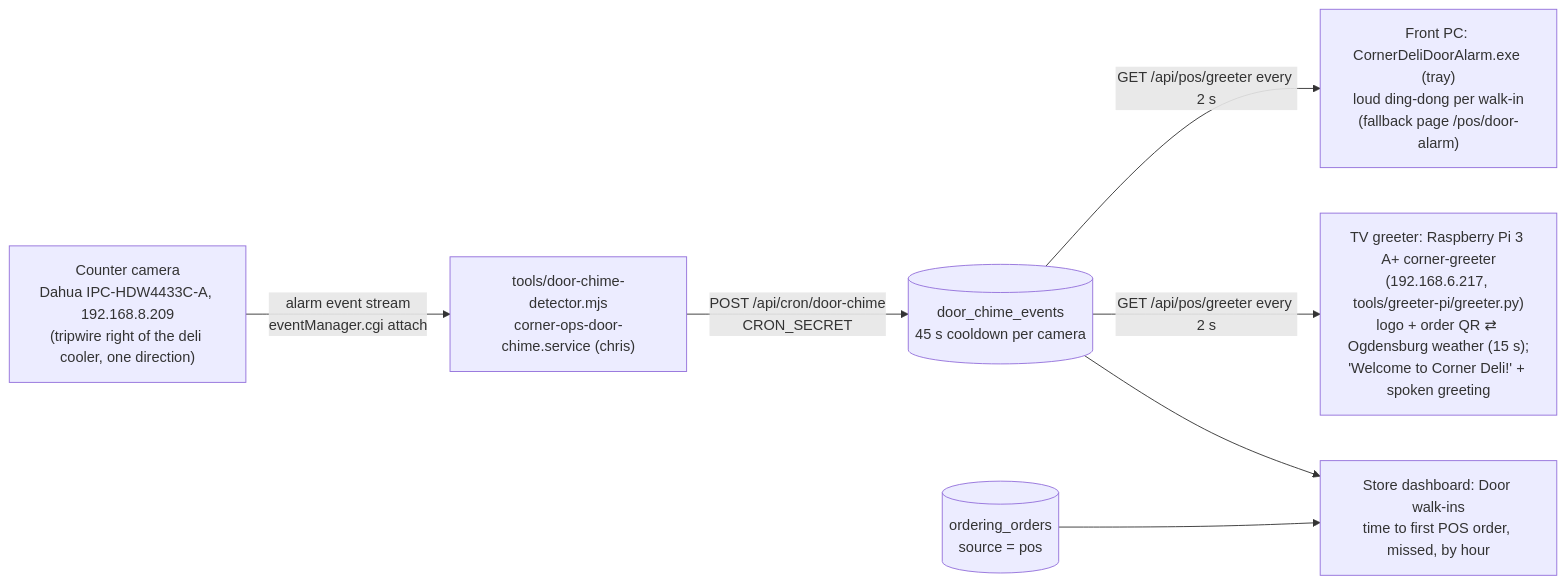
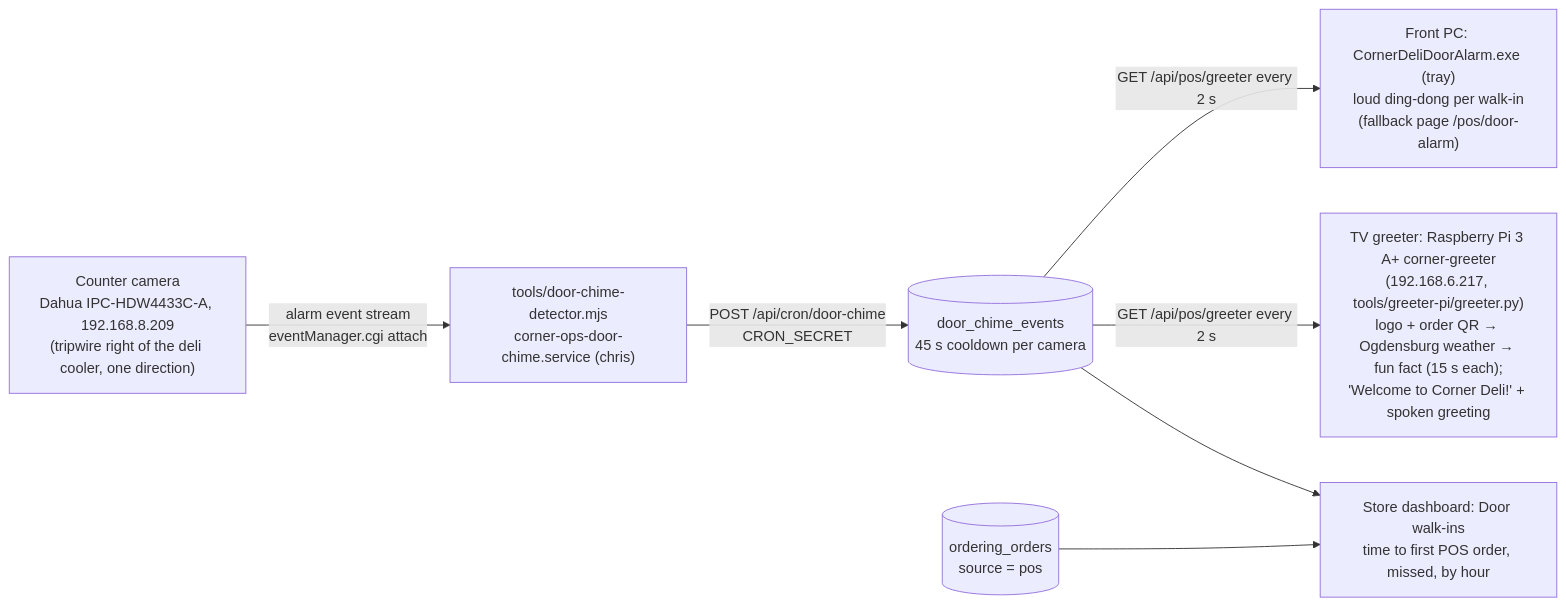
Before and after one commit to metalcoat/corner-ops: the seventh of 7 diagrams in docs/PROCESS-MAP.md, drawn with Mermaid. The commit also changed other lines of this file and 5 other files, not shown here.

First line of the commit message:
TV greeter: "Did you know?" fun-fact slides

````diff
--- a/docs/PROCESS-MAP.md
+++ b/docs/PROCESS-MAP.md
@@ -261,9 +261,9 @@
 ```mermaid
 flowchart LR
   cam["Counter camera<br/>Dahua IPC-HDW4433C-A, 192.168.8.209<br/>(tripwire right of the deli cooler, one direction)"] -->|"alarm event stream<br/>eventManager.cgi attach"| det["tools/door-chime-detector.mjs<br/>corner-ops-door-chime.service (chris)"]
   det -->|"POST /api/cron/door-chime<br/>CRON_SECRET"| ev[(door_chime_events<br/>45 s cooldown per camera)]
   ev --> dash["Store dashboard: Door walk-ins<br/>time to first POS order, missed, by hour"]
   ord[(ordering_orders<br/>source = pos)] --> dash
-  ev -->|"GET /api/pos/greeter every 2 s"| tv["TV greeter: Raspberry Pi 3 A+ corner-greeter<br/>(192.168.6.217, tools/greeter-pi/greeter.py)<br/>logo + order QR ⇄ Ogdensburg weather (15 s);<br/>'Welcome to Corner Deli!' + spoken greeting"]
+  ev -->|"GET /api/pos/greeter every 2 s"| tv["TV greeter: Raspberry Pi 3 A+ corner-greeter<br/>(192.168.6.217, tools/greeter-pi/greeter.py)<br/>logo + order QR → Ogdensburg weather → fun fact (15 s each);<br/>'Welcome to Corner Deli!' + spoken greeting"]
   ev -->|"GET /api/pos/greeter every 2 s"| pc["Front PC: CornerDeliDoorAlarm.exe (tray)<br/>loud ding-dong per walk-in<br/>(fallback page /pos/door-alarm)"]
 ```
````
